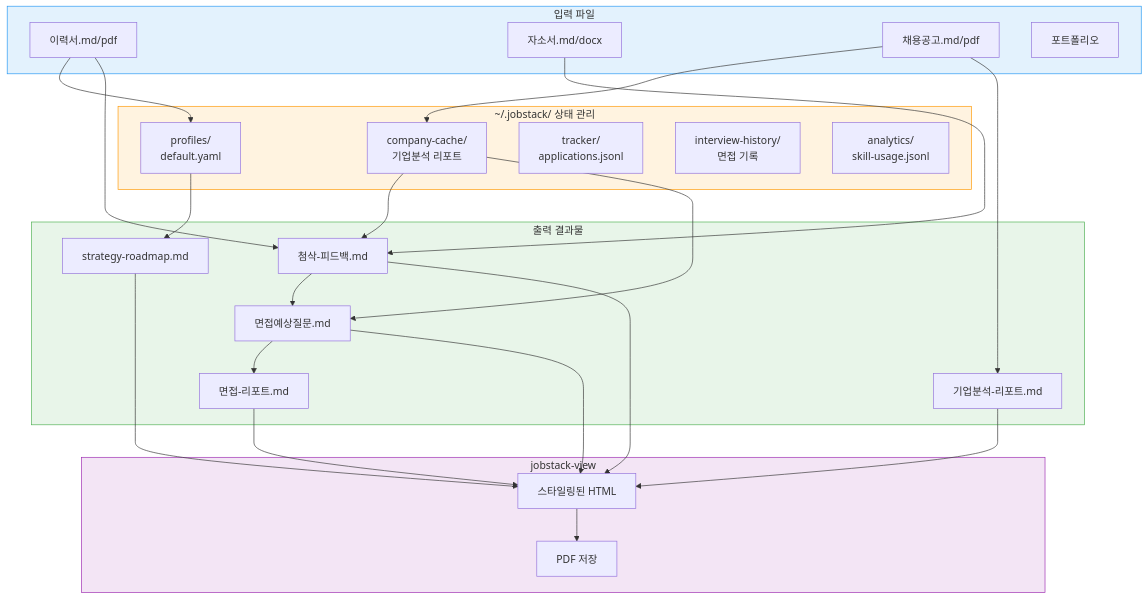
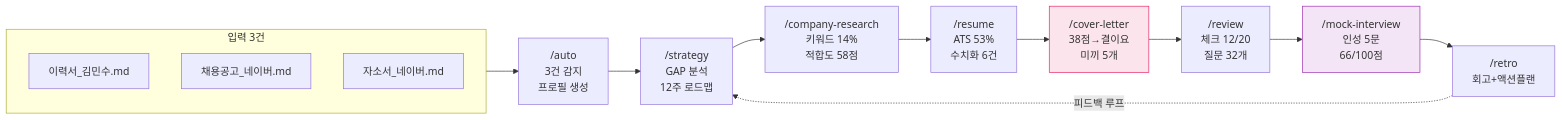
One commit to thesun4sky/jobstack changed the third of 3 diagrams in README.md. Above: the diagram before and after it, drawn with Mermaid. The commit also changed other lines of this file and 14 other files, not shown here.

First line of the commit message:
docs: E2E 통합 테스트 — 신입 백엔드 8단계 풀플로우

````diff
--- a/README.md
+++ b/README.md
@@ -395,54 +226,23 @@
 ```mermaid
-flowchart TB
-    subgraph 입력["입력 파일"]
-        R["이력서.md/pdf"]
-        CL["자소서.md/docx"]
-        JD["채용공고.md/pdf"]
-        PF["포트폴리오"]
+flowchart LR
+    subgraph 입력["입력 3건"]
+        IN1["이력서_김민수.md"]
+        IN2["채용공고_네이버.md"]
+        IN3["자소서_네이버.md"]
     end
 
-    subgraph 상태["~/.jobstack/ 상태 관리"]
-        Profile["profiles/<br/>default.yaml"]
-        Cache["company-cache/<br/>기업분석 리포트"]
-        Tracker["tracker/<br/>applications.jsonl"]
-        History["interview-history/<br/>면접 기록"]
-        Analytics["analytics/<br/>skill-usage.jsonl"]
-    end
+    S1["/auto<br/>3건 감지<br/>프로필 생성"]
+    S2["/strategy<br/>GAP 분석<br/>12주 로드맵"]
+    S3["/company-research<br/>키워드 14%<br/>적합도 58점"]
+    S4["/resume<br/>ATS 53%<br/>수치화 6건"]
+    S5["/cover-letter<br/>38점→결이요<br/>미끼 5개"]
+    S6["/review<br/>체크 12/20<br/>질문 32개"]
+    S7["/mock-interview<br/>인성 5문<br/>66/100점"]
+    S8["/retro<br/>회고+액션플랜"]
 
-    subgraph 출력["출력 결과물"]
-        Roadmap["strategy-roadmap.md"]
-        Report["기업분석-리포트.md"]
-        Feedback["첨삭-피드백.md"]
-        Questions["면접예상질문.md"]
-        InterviewReport["면접-리포트.md"]
-    end
+    입력 --> S1 --> S2 --> S3 --> S4 --> S5 --> S6 --> S7 --> S8
+    S8 -.-> |"피드백 루프"| S2
 
-    subgraph 뷰어["jobstack-view"]
-        HTML["스타일링된 HTML"]
-        PDF["PDF 저장"]
-    end
-
-    R --> Profile
-    JD --> Cache
-    CL --> Feedback
-    R --> Feedback
-    JD --> Report
-
-    Profile --> Roadmap
-    Cache --> Feedback
-    Cache --> Questions
-    Feedback --> Questions
-    Questions --> InterviewReport
-
-    Roadmap --> HTML
-    Report --> HTML
-    Feedback --> HTML
-    Questions --> HTML
-    InterviewReport --> HTML
-    HTML --> PDF
-
-    style 입력 fill:#E3F2FD,stroke:#2196F3
-    style 상태 fill:#FFF3E0,stroke:#FF9800
-    style 출력 fill:#E8F5E9,stroke:#4CAF50
-    style 뷰어 fill:#F3E5F5,stroke:#9C27B0
+    style S5 fill:#FCE4EC,stroke:#E91E63
+    style S7 fill:#F3E5F5,stroke:#9C27B0
 ```
````
